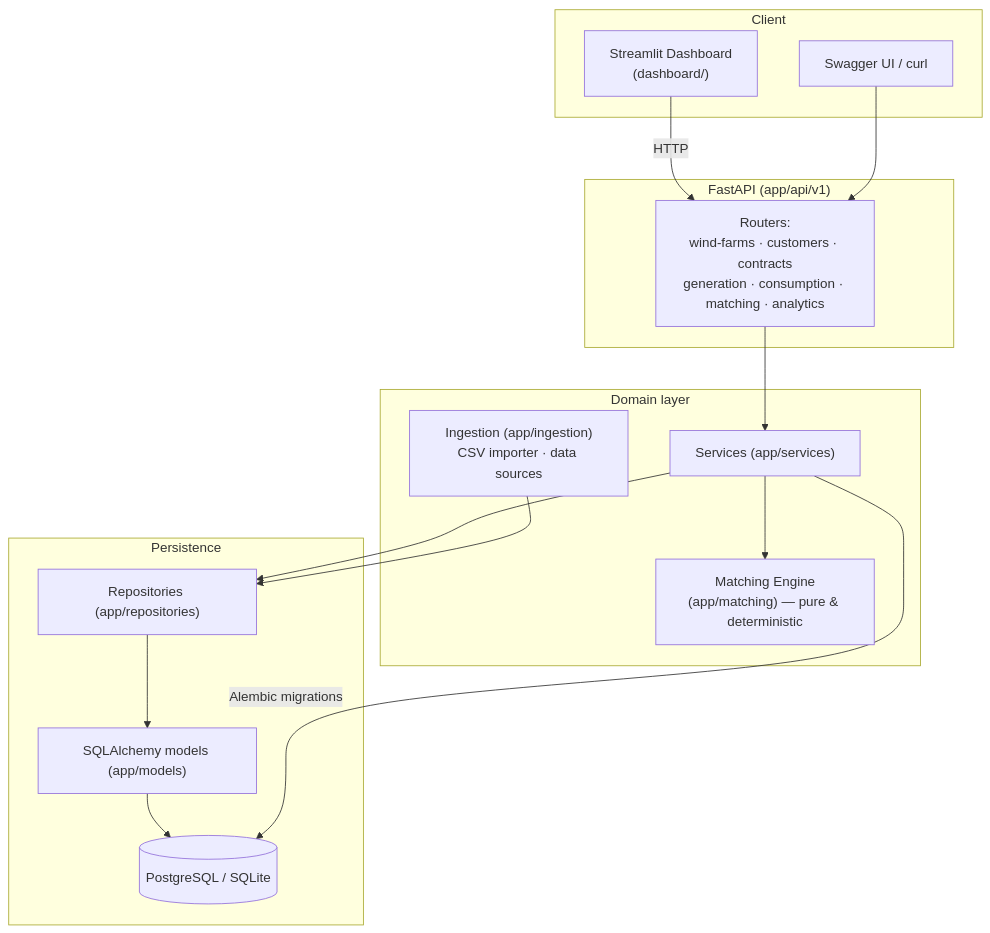
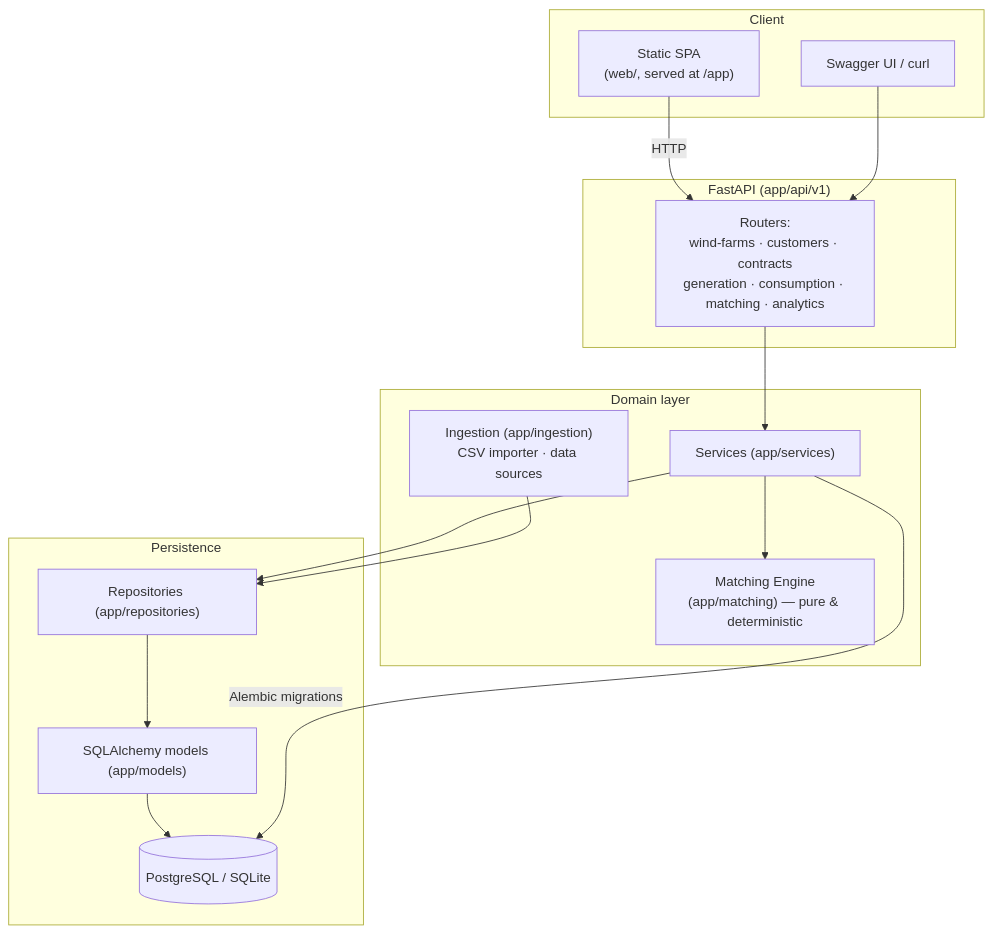
Before and after one commit to goldenyolf/energy-matching-platform: the first of 2 diagrams in docs/architecture.md, drawn with Mermaid. The commit also changed other lines of this file and 23 other files, not shown here.

First line of the commit message:
chore(retire-streamlit): remove the Streamlit dashboard; SPA is the only frontend

````diff
--- a/docs/architecture.md
+++ b/docs/architecture.md
@@ -9,32 +9,32 @@
 ```mermaid
 flowchart TB
     subgraph Client
-        UI["Streamlit Dashboard<br/>(dashboard/)"]
+        UI["Static SPA<br/>(web/, served at /app)"]
         SW["Swagger UI / curl"]
     end
 
     subgraph API["FastAPI (app/api/v1)"]
         R["Routers:<br/>wind-farms · customers · contracts<br/>generation · consumption · matching · analytics"]
     end
 
     subgraph Domain["Domain layer"]
         SVC["Services (app/services)"]
         ENG["Matching Engine<br/>(app/matching) — pure & deterministic"]
         ING["Ingestion (app/ingestion)<br/>CSV importer · data sources"]
     end
 
     subgraph Data["Persistence"]
         REPO["Repositories (app/repositories)"]
         ORM["SQLAlchemy models (app/models)"]
         DB[("PostgreSQL / SQLite")]
     end
 
     UI -->|HTTP| R
     SW --> R
     R --> SVC
     SVC --> ENG
     SVC --> REPO
     ING --> REPO
     REPO --> ORM --> DB
     SVC -->|Alembic migrations| DB
 ```
````
